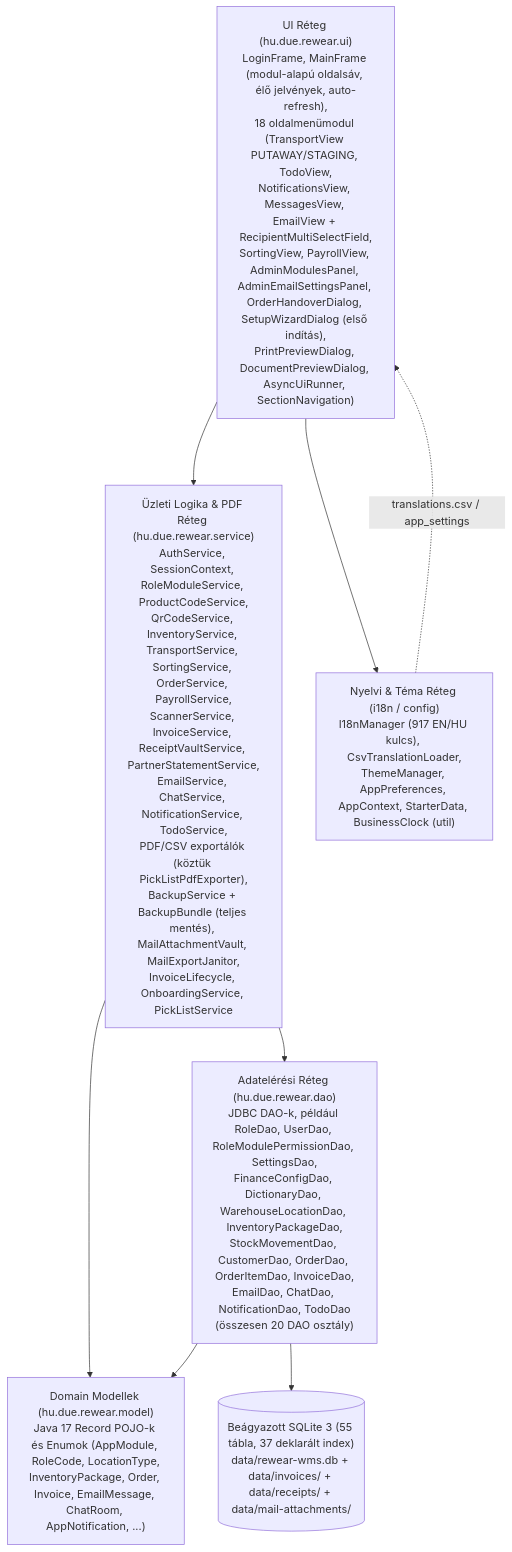
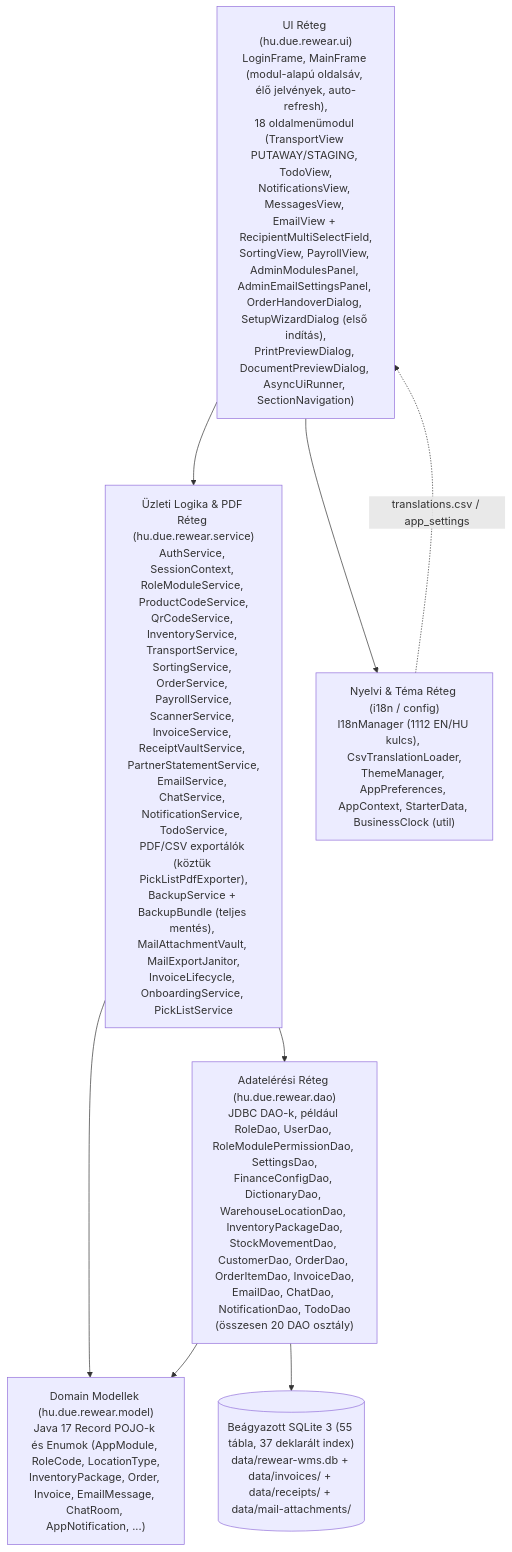
One commit to attilaczudor/due-prog-03 changed the first of 8 diagrams in docs/Programterv.md. Above: the diagram before and after it, drawn with Mermaid. The commit also changed other lines of this file and 10 other files, not shown here.

````diff
--- a/docs/Programterv.md
+++ b/docs/Programterv.md
@@ -11,17 +11,17 @@
 ```mermaid
 flowchart TD
     UI["UI Réteg (hu.due.rewear.ui)<br/>LoginFrame, MainFrame (modul-alapú oldalsáv, élő jelvények, auto-refresh),<br/>18 oldalmenümodul (TransportView PUTAWAY/STAGING, TodoView,<br/>NotificationsView, MessagesView, EmailView + RecipientMultiSelectField,<br/>SortingView, PayrollView, AdminModulesPanel, AdminEmailSettingsPanel, OrderHandoverDialog, SetupWizardDialog (első indítás),<br/>PrintPreviewDialog, DocumentPreviewDialog, AsyncUiRunner, SectionNavigation)"]
     SVC["Üzleti Logika & PDF Réteg (hu.due.rewear.service)<br/>AuthService, SessionContext, RoleModuleService, ProductCodeService,<br/>QrCodeService, InventoryService, TransportService, SortingService, OrderService, PayrollService,<br/>ScannerService, InvoiceService, ReceiptVaultService, PartnerStatementService,<br/>EmailService, ChatService, NotificationService, TodoService,<br/>PDF/CSV exportálók (köztük PickListPdfExporter),<br/>BackupService + BackupBundle (teljes mentés), MailAttachmentVault, MailExportJanitor,<br/>InvoiceLifecycle, OnboardingService, PickListService"]
-    I18N["Nyelvi & Téma Réteg (i18n / config)<br/>I18nManager (917 EN/HU kulcs), CsvTranslationLoader,<br/>ThemeManager, AppPreferences, AppContext, StarterData, BusinessClock (util)"]
+    I18N["Nyelvi & Téma Réteg (i18n / config)<br/>I18nManager (1112 EN/HU kulcs), CsvTranslationLoader,<br/>ThemeManager, AppPreferences, AppContext, StarterData, BusinessClock (util)"]
     DAO["Adatelérési Réteg (hu.due.rewear.dao)<br/>JDBC DAO-k, például RoleDao, UserDao, RoleModulePermissionDao, SettingsDao,<br/>FinanceConfigDao, DictionaryDao, WarehouseLocationDao, InventoryPackageDao,<br/>StockMovementDao, CustomerDao, OrderDao, OrderItemDao, InvoiceDao,<br/>EmailDao, ChatDao, NotificationDao, TodoDao<br/>(összesen 20 DAO osztály)"]
     MODEL["Domain Modellek (hu.due.rewear.model)<br/>Java 17 Record POJO-k és Enumok (AppModule, RoleCode, LocationType,<br/>InventoryPackage, Order, Invoice, EmailMessage, ChatRoom, AppNotification, ...)"]
     DB[("Beágyazott SQLite 3 (55 tábla, 37 deklarált index)<br/>data/rewear-wms.db + data/invoices/ + data/receipts/ + data/mail-attachments/")]
 
     UI --> SVC
     UI --> I18N
     SVC --> DAO
     SVC --> MODEL
     DAO --> MODEL
     DAO --> DB
     I18N -.->|"translations.csv / app_settings"| UI
 ```
````
